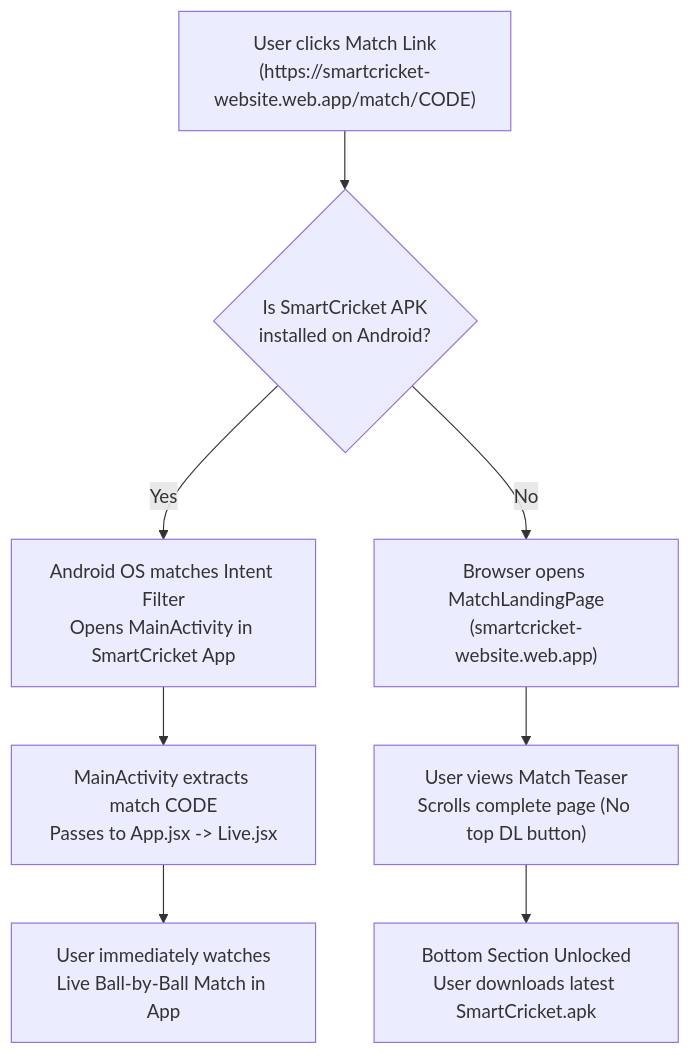
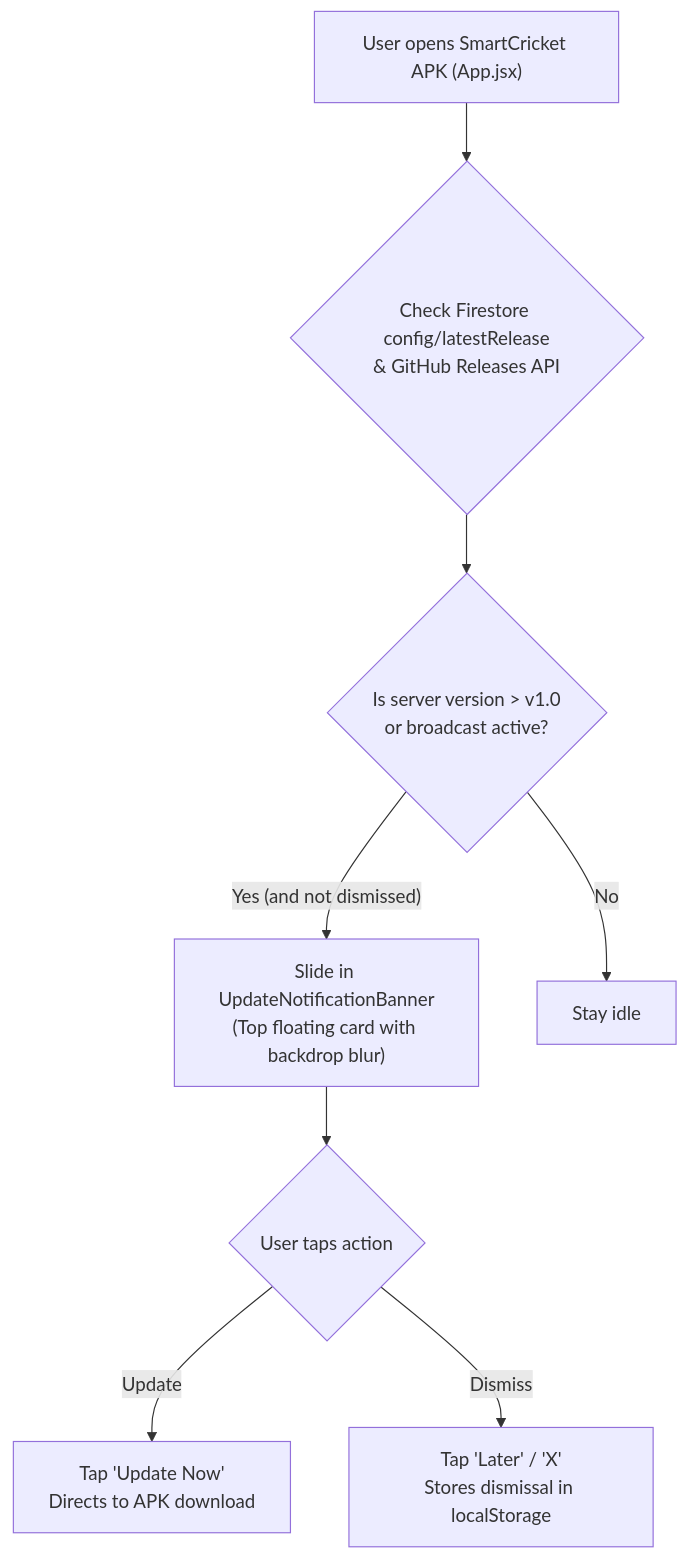
One commit to syedmaazalam/cricket-scorer changed the diagram in plan.md. Above: the diagram before and after it, drawn with Mermaid. The commit also changed other lines of this file and 5 other files, not shown here.

Commit message:
feat: automated in-app update banner and system notification support

````diff
--- a/plan.md
+++ b/plan.md
@@ -19,20 +10,19 @@
 ```mermaid
 flowchart TD
-    UserClicks["User clicks Match Link<br/>(https://smartcricket-website.web.app/match/CODE)"]
-    CheckInstalled{"Is SmartCricket APK<br/>installed on Android?"}
-    OpenApp["Android OS matches Intent Filter<br/>Opens MainActivity in SmartCricket App"]
-    ExtractCode["MainActivity extracts match CODE<br/>Passes to App.jsx -> Live.jsx"]
-    StreamLive["User immediately watches<br/>Live Ball-by-Ball Match in App"]
+    AppLaunch["User opens SmartCricket APK (App.jsx)"]
+    CheckUpdate{"Check Firestore config/latestRelease<br/>& GitHub Releases API"}
+    CompareVersion{"Is server version > v1.0<br/>or broadcast active?"}
     
-    OpenWeb["Browser opens MatchLandingPage<br/>(smartcricket-website.web.app)"]
-    ScrollPage["User views Match Teaser<br/>Scrolls complete page (No top DL button)"]
-    UnlockDownload["Bottom Section Unlocked<br/>User downloads latest SmartCricket.apk"]
+    ShowBanner["Slide in UpdateNotificationBanner<br/>(Top floating card with backdrop blur)"]
+    UserAction{"User taps action"}
+    UpdateClick["Tap 'Update Now'<br/>Directs to APK download"]
+    DismissClick["Tap 'Later' / 'X'<br/>Stores dismissal in localStorage"]
 
-    UserClicks --> CheckInstalled
-    CheckInstalled -- Yes --> OpenApp
-    OpenApp --> ExtractCode
-    ExtractCode --> StreamLive
-    CheckInstalled -- No --> OpenWeb
-    OpenWeb --> ScrollPage
-    ScrollPage --> UnlockDownload
+    AppLaunch --> CheckUpdate
+    CheckUpdate --> CompareVersion
+    CompareVersion -- Yes (and not dismissed) --> ShowBanner
+    CompareVersion -- No --> Idle["Stay idle"]
+    ShowBanner --> UserAction
+    UserAction -- Update --> UpdateClick
+    UserAction -- Dismiss --> DismissClick
 ```
````
